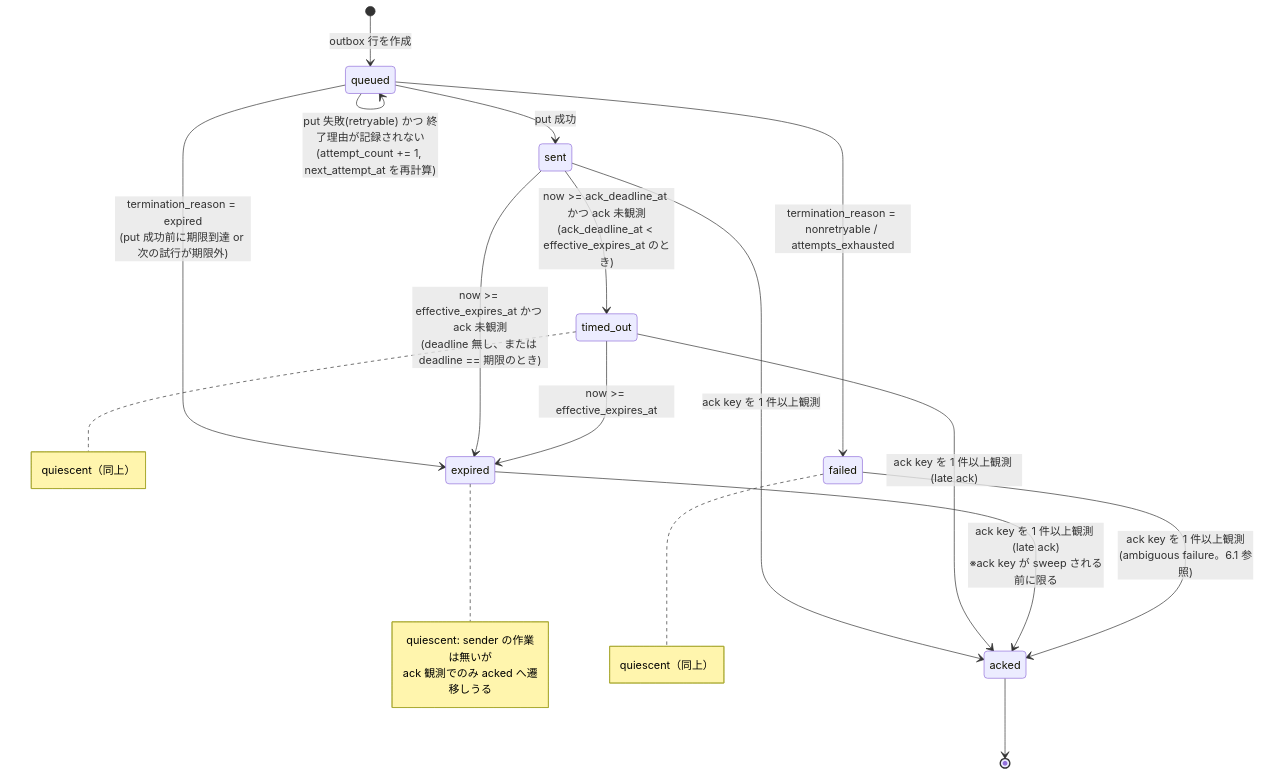
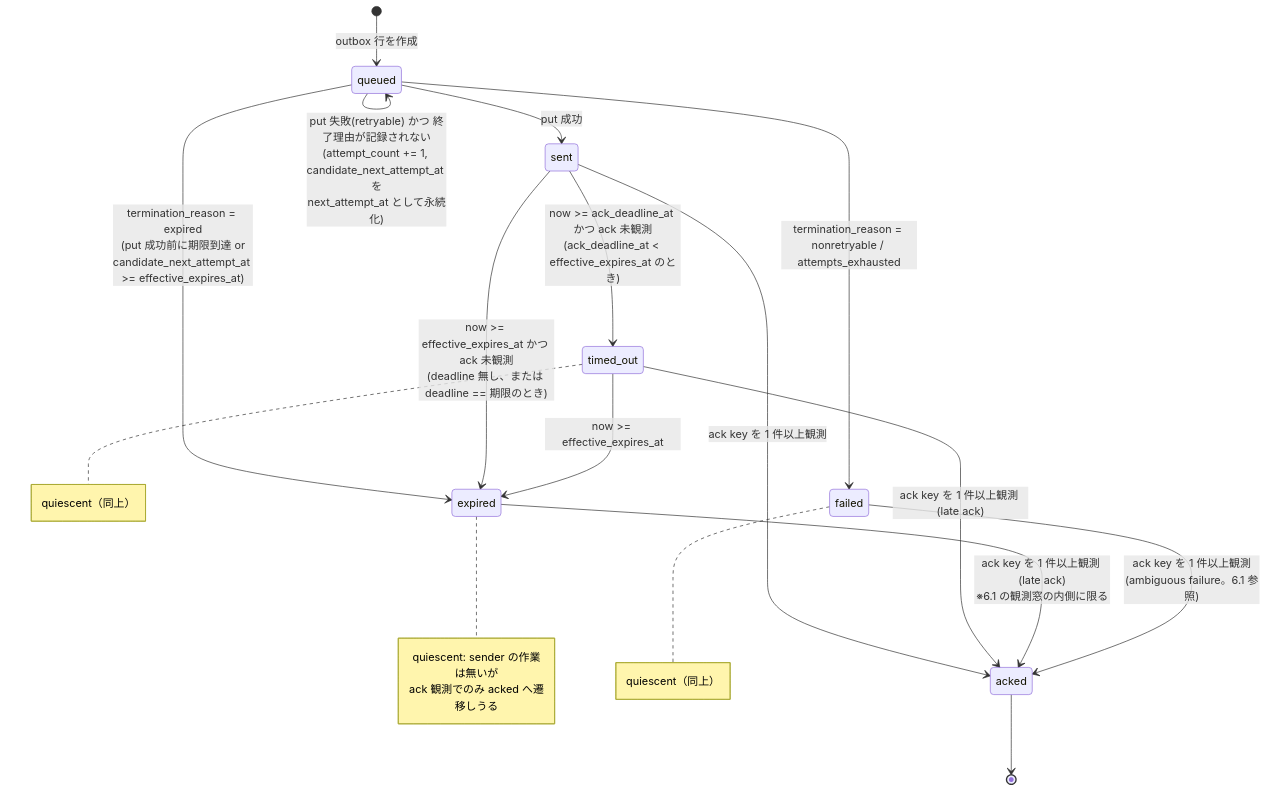
The diagram in docs/design/0201-messaging-ack-timeout-policy.md (h-wata/kioku-mesh), drawn with Mermaid before and after one commit. The commit also changed other lines of this file, not shown here.

First line of the commit message:
docs(0201): resolve retry ordering, U2-U4 scope, and late-ack window ambiguity

````diff
--- a/docs/design/0201-messaging-ack-timeout-policy.md
+++ b/docs/design/0201-messaging-ack-timeout-policy.md
@@ -430,32 +520,32 @@
 ```mermaid
 stateDiagram-v2
     [*] --> queued: outbox 行を作成
 
-    queued --> queued: put 失敗(retryable) かつ 終了理由が記録されない<br/>(attempt_count += 1, next_attempt_at を再計算)
+    queued --> queued: put 失敗(retryable) かつ 終了理由が記録されない<br/>(attempt_count += 1, candidate_next_attempt_at を<br/>next_attempt_at として永続化)
     queued --> sent: put 成功
     queued --> failed: termination_reason = nonretryable / attempts_exhausted
-    queued --> expired: termination_reason = expired<br/>(put 成功前に期限到達 or 次の試行が期限外)
+    queued --> expired: termination_reason = expired<br/>(put 成功前に期限到達 or<br/>candidate_next_attempt_at >= effective_expires_at)
 
     sent --> acked: ack key を 1 件以上観測
     sent --> timed_out: now >= ack_deadline_at かつ ack 未観測<br/>(ack_deadline_at < effective_expires_at のとき)
     sent --> expired: now >= effective_expires_at かつ ack 未観測<br/>(deadline 無し、または deadline == 期限のとき)
 
     timed_out --> acked: ack key を 1 件以上観測 (late ack)
     timed_out --> expired: now >= effective_expires_at
 
-    expired --> acked: ack key を 1 件以上観測 (late ack)<br/>※ack key が sweep される前に限る
+    expired --> acked: ack key を 1 件以上観測 (late ack)<br/>※6.1 の観測窓の内側に限る
     failed --> acked: ack key を 1 件以上観測<br/>(ambiguous failure。6.1 参照)
 
     acked --> [*]
 
     note right of expired
         quiescent: sender の作業は無いが
         ack 観測でのみ acked へ遷移しうる
     end note
     note right of timed_out
         quiescent（同上）
     end note
     note right of failed
         quiescent（同上）
     end note
 ```
````
